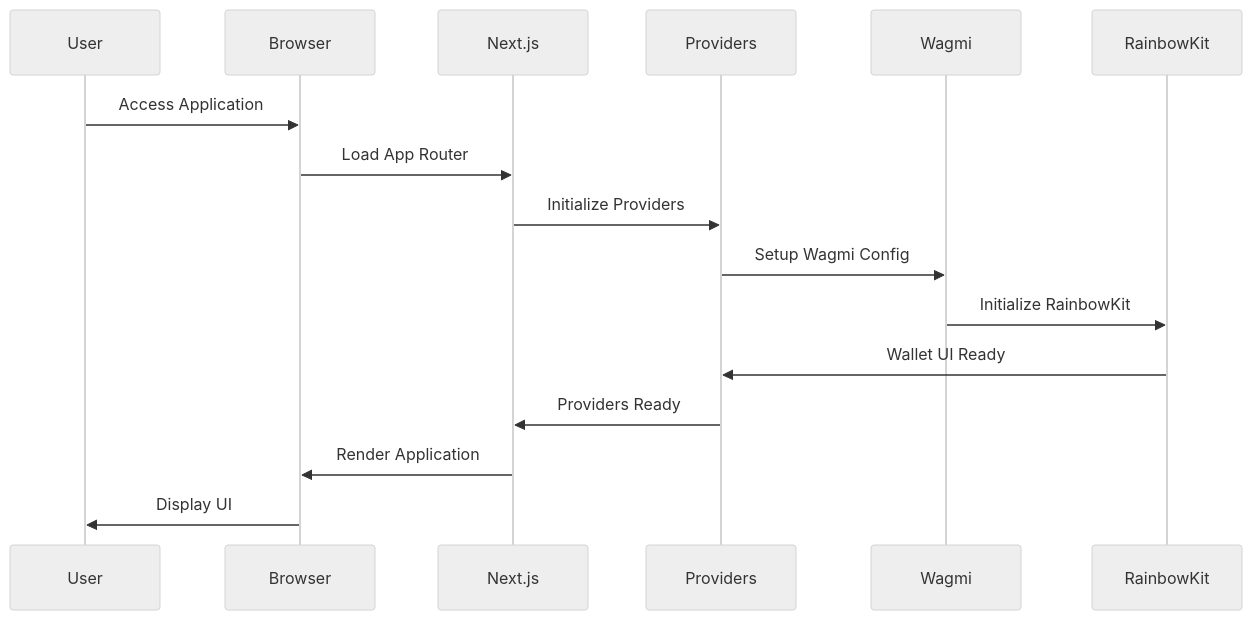
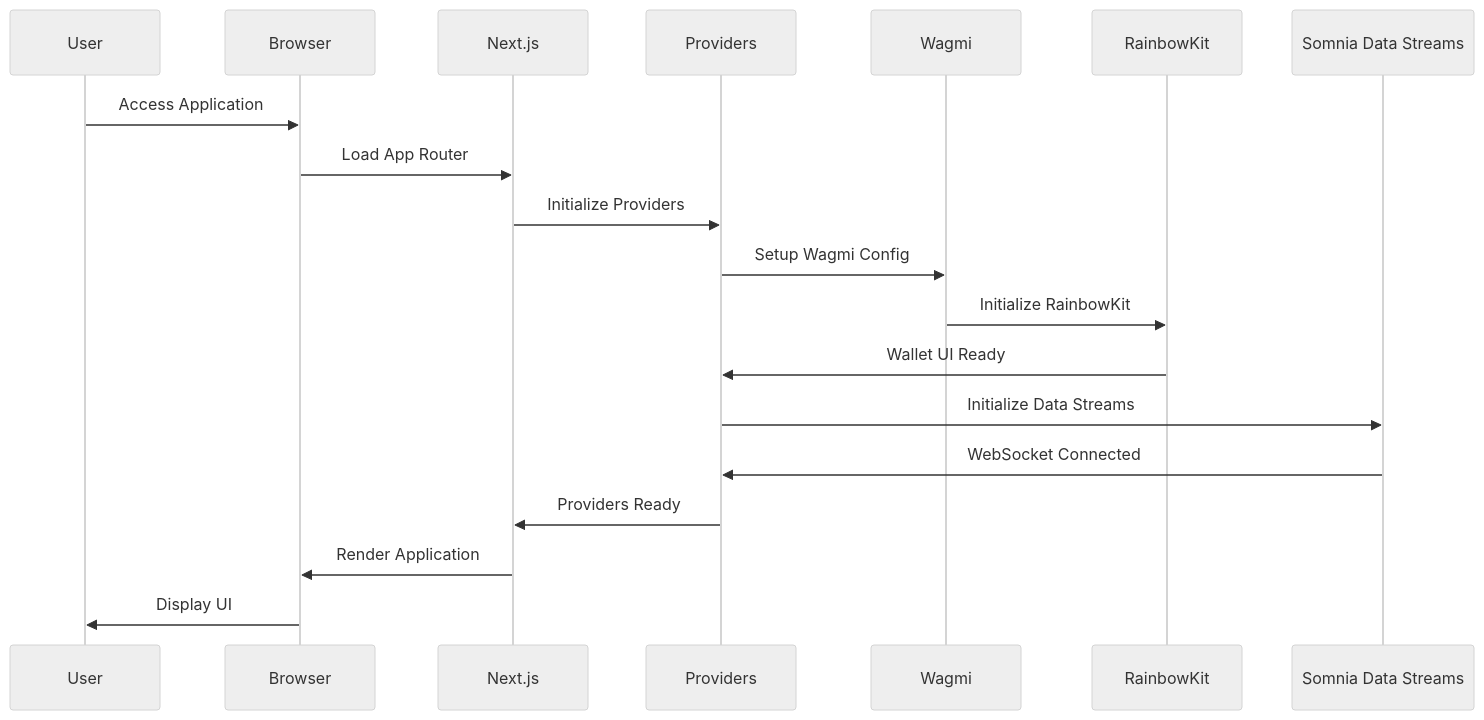
The second of 24 diagrams in MERMAID_DIAGRAMS.md (AmaanSayyad/APT-Casino-Somnia), drawn with Mermaid (neutral theme) before and after one commit. The commit also changed other lines of this file and 6 other files, not shown here.

Commit message:
diagrams and wd

````diff
--- a/MERMAID_DIAGRAMS.md
+++ b/MERMAID_DIAGRAMS.md
@@ -59,19 +72,22 @@
 ```mermaid
 sequenceDiagram
     participant U as User
     participant B as Browser
     participant N as Next.js
     participant P as Providers
     participant W as Wagmi
     participant R as RainbowKit
+    participant SDS as Somnia Data Streams
     
     U->>B: Access Application
     B->>N: Load App Router
     N->>P: Initialize Providers
     P->>W: Setup Wagmi Config
     W->>R: Initialize RainbowKit
     R->>P: Wallet UI Ready
+    P->>SDS: Initialize Data Streams
+    SDS->>P: WebSocket Connected
     P->>N: Providers Ready
     N->>B: Render Application
     B->>U: Display UI
 ```
````
